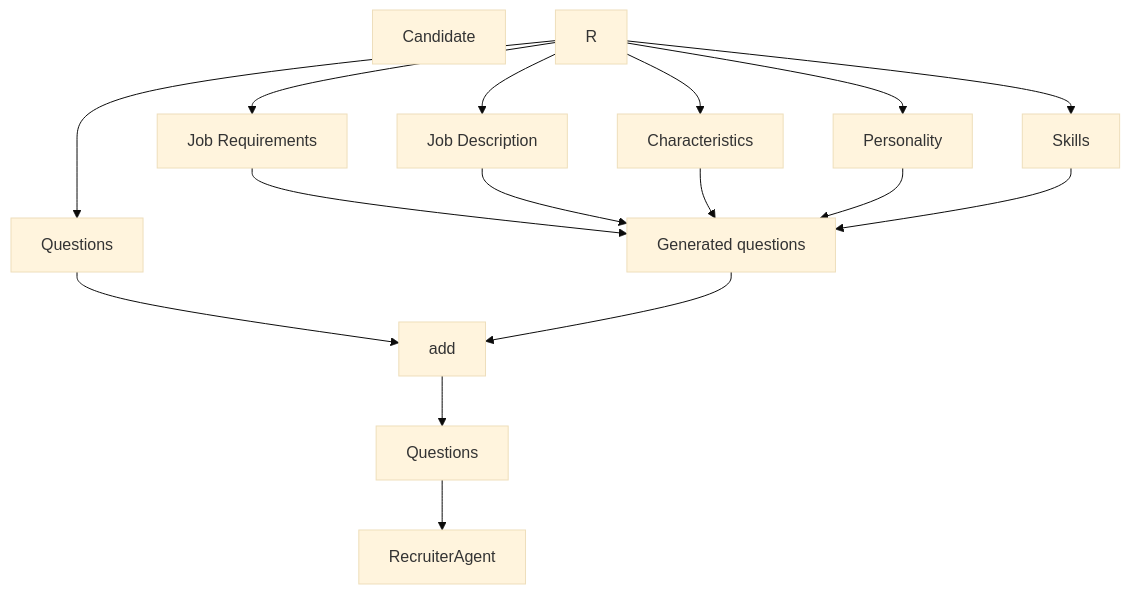
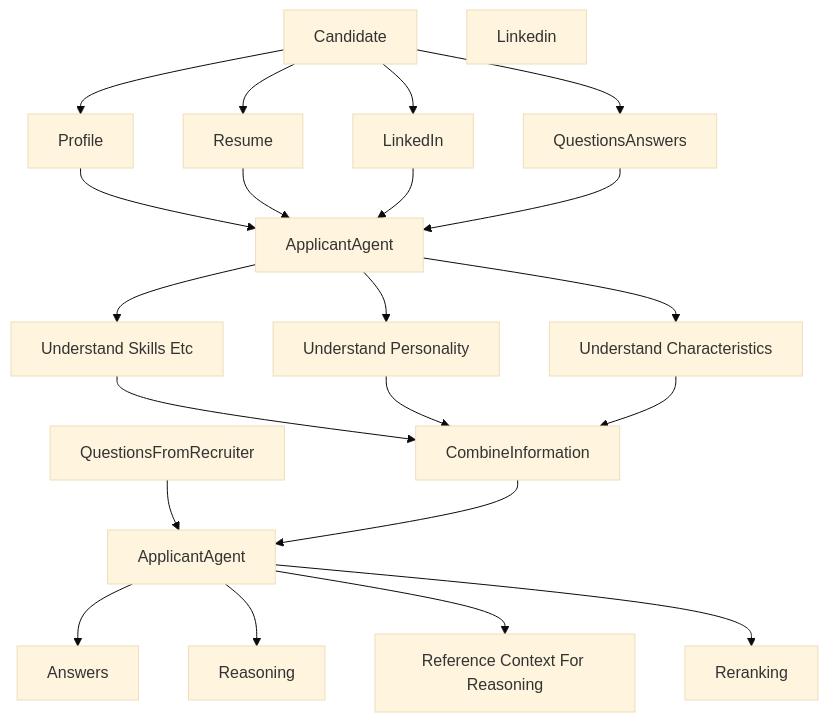
Before and after one commit to MukuFlash03/recruiter-ai-agent: the second of 2 diagrams in README.md, drawn with Mermaid (base theme). The commit also changed 2 other files, not shown here.

Commit message:
Updating branch

````diff
--- a/README.md
+++ b/README.md
@@ -39,26 +39,35 @@
 ```mermaid
 
 graph TD
     C[Candidate] 
-    JD[Job Description]
-    QR[Questions]
-    Req[Job Requirements]
-    GQ[Generated questions]
-    Characteristics
-    Personality
-    Skills
-    R --> JD
-    R --> QR
-    R --> Req
-    Req --> GQ
-    JD --> GQ
-    plus[add]
-    QR --> plus
-    GQ --> plus
-    R --> Characteristics --> GQ
-    R --> Personality --> GQ
-    R --> Skills --> GQ
-    plus --> Questions
-    Questions --> RecruiterAgent
+    Profile
+    Resume
+    Linkedin
+    C --> Profile
+    C --> Resume
+    C --> LinkedIn
+    C --> QuestionsAnswers
+    ApplicantAgent
+    Profile --> ApplicantAgent
+    Resume --> ApplicantAgent
+    LinkedIn --> ApplicantAgent
+    QuestionsAnswers --> ApplicantAgent
+    ApplicantAgent --> U[Understand Skills Etc]
+    ApplicantAgent --> U1[Understand Personality]
+    ApplicantAgent --> U2[Understand Characteristics]
+    CombineInformation
+    U --> CombineInformation
+    U1 --> CombineInformation
+    U2 --> CombineInformation
+    CombineInformation 
+    QuestionsFromRecruiter
+    ApplicantAgent2[ApplicantAgent]
+    QuestionsFromRecruiter --> ApplicantAgent2
+    CombineInformation --> ApplicantAgent2
+    ApplicantAgent2 --> Answers
+    ApplicantAgent2 --> Reasoning
+    ApplicantAgent2 --> ReferenceContextForReasoning[Reference Context For Reasoning]
+    ApplicantAgent2 --> Reranking[Reranking]
+    
 
 ```
````
